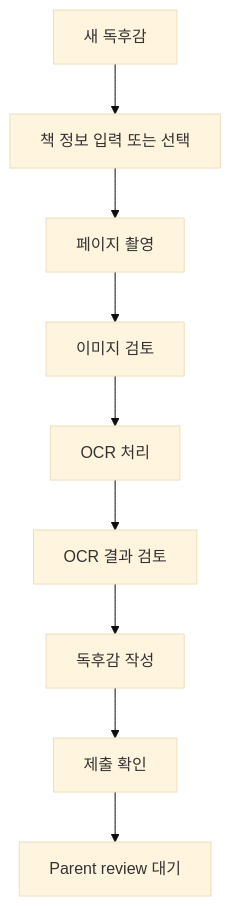
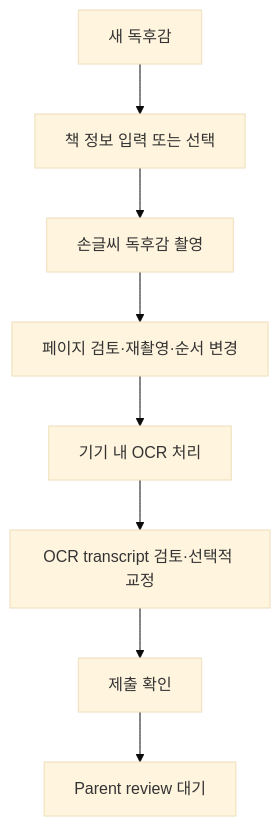
The third of 5 diagrams in docs/product/frontend-information-architecture.md (cwsbrian/Page-Pass), drawn with Mermaid (base theme) before and after one commit. The commit also changed other lines of this file and 137 other files, not shown here.

Commit message:
Build PagePass MVP control and reading flows

````diff
--- a/docs/product/frontend-information-architecture.md
+++ b/docs/product/frontend-information-architecture.md
@@ -317,11 +319,10 @@
 ```mermaid
 flowchart TD
     A["새 독후감"] --> B["책 정보 입력 또는 선택"]
-    B --> C["페이지 촬영"]
-    C --> D["이미지 검토"]
-    D --> E["OCR 처리"]
-    E --> F["OCR 결과 검토"]
-    F --> G["독후감 작성"]
-    G --> H["제출 확인"]
-    H --> I["Parent review 대기"]
+    B --> C["손글씨 독후감 촬영"]
+    C --> D["페이지 검토·재촬영·순서 변경"]
+    D --> E["기기 내 OCR 처리"]
+    E --> F["OCR transcript 검토·선택적 교정"]
+    F --> G["제출 확인"]
+    G --> H["Parent review 대기"]
 ```
````
